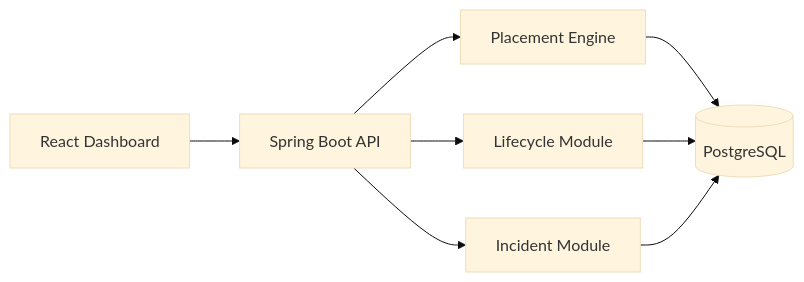
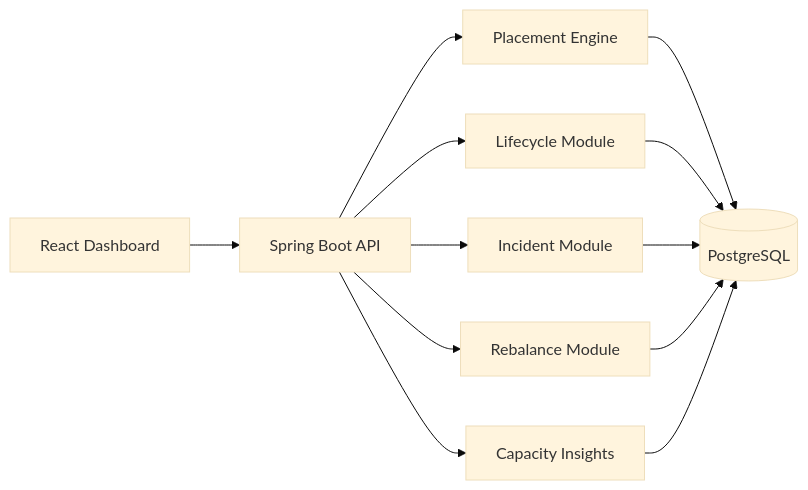
The diagram in docs/architecture.md (ThanmayeMS/stratus-lite), drawn with Mermaid (base theme) before and after one commit. The commit also changed other lines of this file and 18 other files, not shown here.

````diff
--- a/docs/architecture.md
+++ b/docs/architecture.md
@@ -7,10 +7,14 @@
 ```mermaid
 flowchart LR
   UI["React Dashboard"] --> API["Spring Boot API"]
   API --> Placement["Placement Engine"]
   API --> Lifecycle["Lifecycle Module"]
   API --> Incidents["Incident Module"]
+  API --> Rebalance["Rebalance Module"]
+  API --> Insights["Capacity Insights"]
   Placement --> DB[("PostgreSQL")]
   Lifecycle --> DB
   Incidents --> DB
+  Rebalance --> DB
+  Insights --> DB
 ```
````
